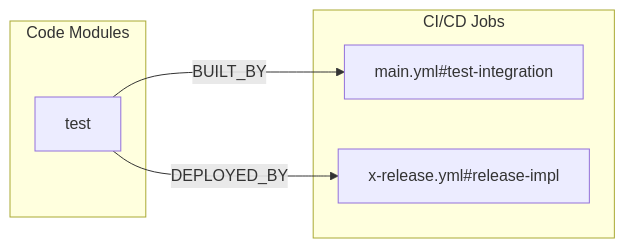
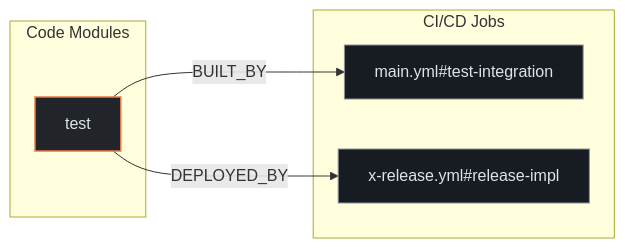
Before and after one commit to kumarshaz/atruss-code-atlas: the second of 3 diagrams in exports/latest/reports/keycloak-keycloak-js-report.md, drawn with Mermaid. The commit also changed other lines of this file and 331 other files, not shown here.

Commit message:
docs,ui,fix: update SDLC docs, reorder CI/CD DAG first, stylize Mermaid, and fix Arc42 pipeline topology

````diff
--- a/exports/latest/reports/keycloak-keycloak-js-report.md
+++ b/exports/latest/reports/keycloak-keycloak-js-report.md
@@ -117,12 +124,16 @@
 ```mermaid
 flowchart LR
+    classDef atlasCategory fill:#212428,stroke:#E87A48,stroke-width:1.5px,color:#dfe3eb
+    classDef atlasWorkflow fill:#1b2026,stroke:#a3c9ff,stroke-width:1.5px,color:#dfe3eb
+    classDef atlasJob fill:#171c22,stroke:#8d9199,stroke-width:1px,color:#dfe3eb
+    classDef atlasTarget fill:#005227,stroke:#8bd99b,stroke-width:1.5px,color:#a7f6b6
     subgraph code_modules["Code Modules"]
-        mod_test["test"]
+        mod_test["test"]:::atlasCategory
     end
     subgraph ci_jobs["CI/CD Jobs"]
-        job_main_yml_test_integration["main.yml#test-integration"]
-        job_x_release_yml_release_impl["x-release.yml#release-impl"]
+        job_main_yml_test_integration["main.yml#test-integration"]:::atlasJob
+        job_x_release_yml_release_impl["x-release.yml#release-impl"]:::atlasJob
     end
     mod_test -->|BUILT_BY| job_main_yml_test_integration
     mod_test -->|DEPLOYED_BY| job_x_release_yml_release_impl
 ```
````
